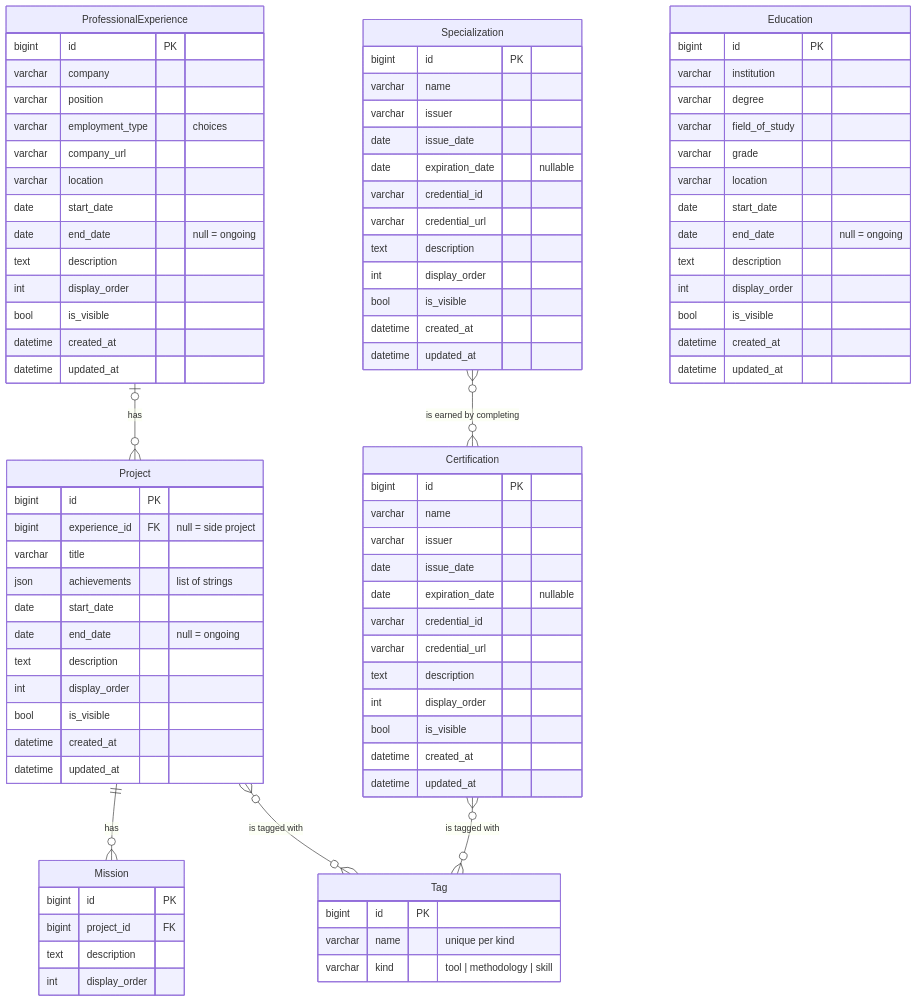
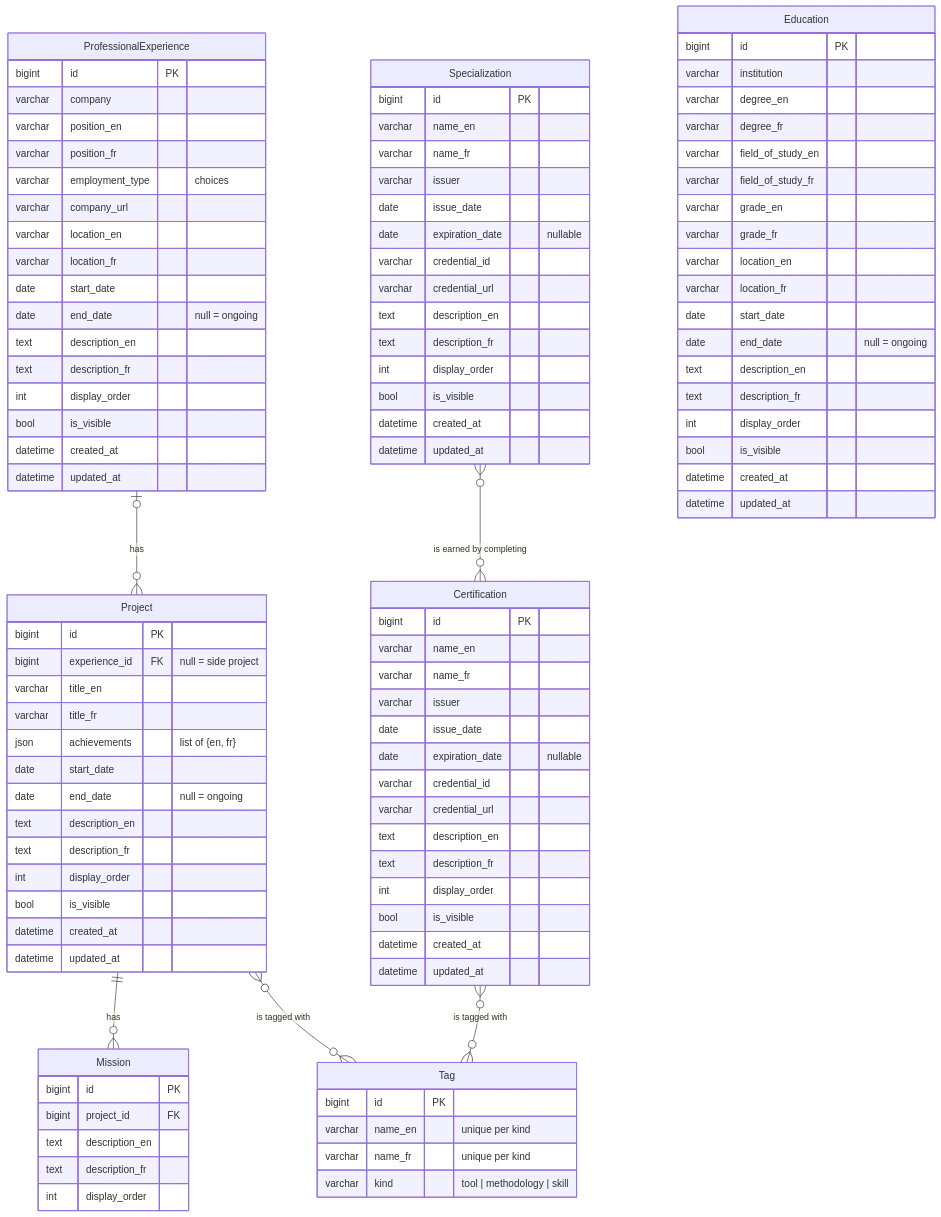
One commit to MrAleborg/portfolio changed the diagram in backend/docs/database.md. Above: the diagram before and after it, drawn with Mermaid. The commit also changed other lines of this file and 3 other files, not shown here.

```diff
--- a/backend/docs/database.md
+++ b/backend/docs/database.md
@@ -16,13 +16,18 @@
     Education {
         bigint id PK
         varchar institution
-        varchar degree
-        varchar field_of_study
-        varchar grade
-        varchar location
+        varchar degree_en
+        varchar degree_fr
+        varchar field_of_study_en
+        varchar field_of_study_fr
+        varchar grade_en
+        varchar grade_fr
+        varchar location_en
+        varchar location_fr
         date start_date
         date end_date "null = ongoing"
-        text description
+        text description_en
+        text description_fr
         int display_order
         bool is_visible
         datetime created_at
@@ -32,13 +37,16 @@
     ProfessionalExperience {
         bigint id PK
         varchar company
-        varchar position
+        varchar position_en
+        varchar position_fr
         varchar employment_type "choices"
         varchar company_url
-        varchar location
+        varchar location_en
+        varchar location_fr
         date start_date
         date end_date "null = ongoing"
-        text description
+        text description_en
+        text description_fr
         int display_order
         bool is_visible
         datetime created_at
@@ -48,11 +56,13 @@
     Project {
         bigint id PK
         bigint experience_id FK "null = side project"
-        varchar title
-        json achievements "list of strings"
+        varchar title_en
+        varchar title_fr
+        json achievements "list of {en, fr}"
         date start_date
         date end_date "null = ongoing"
-        text description
+        text description_en
+        text description_fr
         int display_order
         bool is_visible
         datetime created_at
@@ -62,25 +72,29 @@
     Mission {
         bigint id PK
         bigint project_id FK
-        text description
+        text description_en
+        text description_fr
         int display_order
     }
 
     Tag {
         bigint id PK
-        varchar name "unique per kind"
+        varchar name_en "unique per kind"
+        varchar name_fr "unique per kind"
         varchar kind "tool | methodology | skill"
     }
 
     Certification {
         bigint id PK
-        varchar name
+        varchar name_en
+        varchar name_fr
         varchar issuer
         date issue_date
         date expiration_date "nullable"
         varchar credential_id
         varchar credential_url
-        text description
+        text description_en
+        text description_fr
         int display_order
         bool is_visible
         datetime created_at
@@ -89,13 +103,15 @@
 
     Specialization {
         bigint id PK
-        varchar name
+        varchar name_en
+        varchar name_fr
         varchar issuer
         date issue_date
         date expiration_date "nullable"
         varchar credential_id
         varchar credential_url
-        text description
+        text description_en
+        text description_fr
         int display_order
         bool is_visible
         datetime created_at
```
